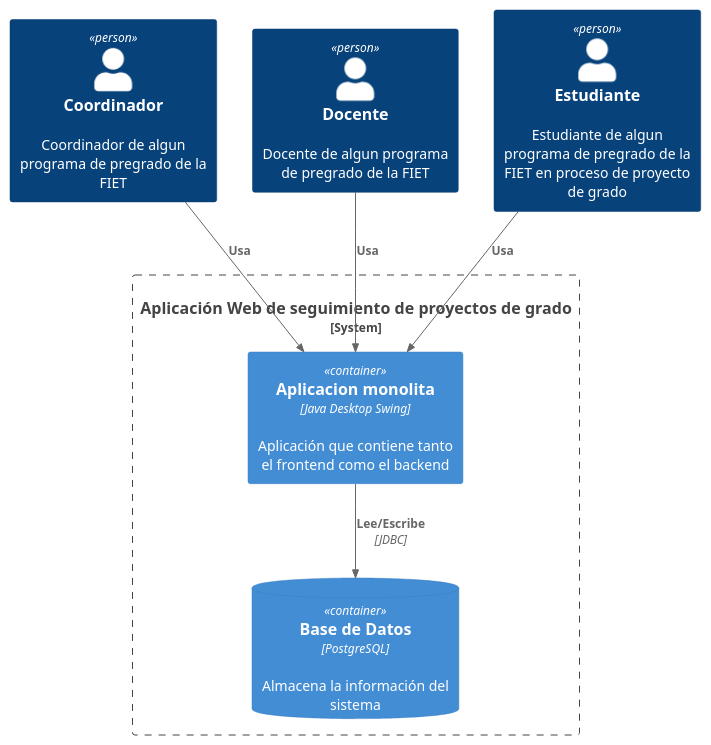
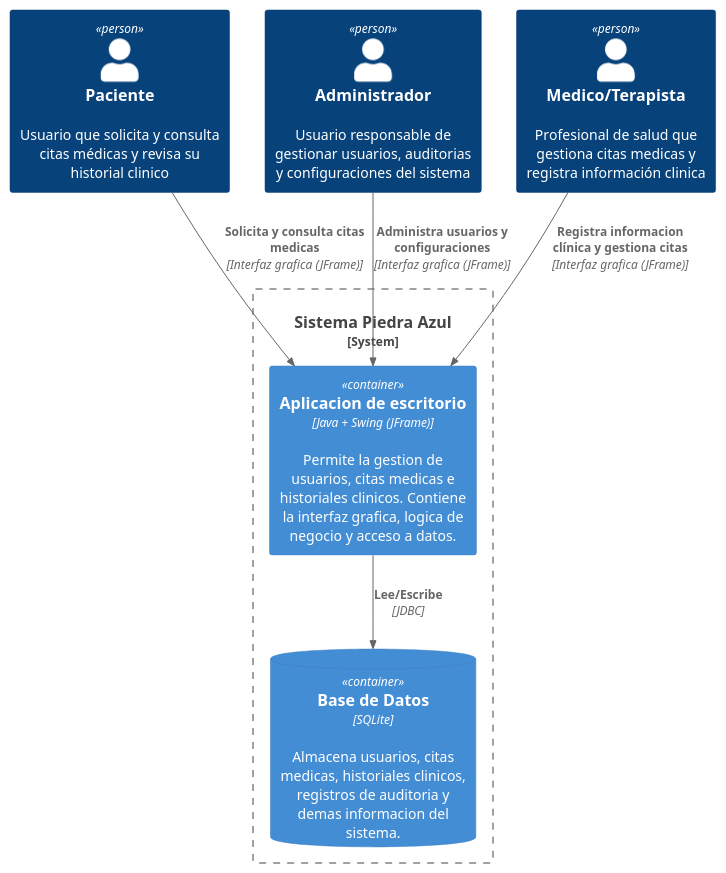
The diagram in mod_app_piedrazul_medical_services_network/dContainer.puml (FernandoMulato/Piedrazul-Medical-Services-Network), drawn with PlantUML before and after one commit.

Commit message:
diagrama de contenedores terminado

```diff
--- a/mod_app_piedrazul_medical_services_network/dContainer.puml
+++ b/mod_app_piedrazul_medical_services_network/dContainer.puml
@@ -4,17 +4,24 @@
 @startuml Container
 
 !include https://raw.githubusercontent.com/plantuml-stdlib/C4-PlantUML/master/C4_Container.puml
 
-Person(coordinador, "Coordinador", "Coordinador de algun programa de pregrado de la FIET")
-Person(docente, "Docente", "Docente de algun programa de pregrado de la FIET")
-Person(estudiante, "Estudiante", "Estudiante de algun programa de pregrado de la FIET en proceso de proyecto de grado")
+' =====================================================
+' USUARIOS DEL SISTEMA
+' =====================================================
 
-System_Boundary(s1, "Aplicación Web de seguimiento de proyectos de grado") {
-Container(monolito, "Aplicacion monolita", "Java Desktop Swing", "Aplicación que contiene tanto el frontend como el backend")
-ContainerDb(db, "Base de Datos", "PostgreSQL", "Almacena la información del sistema")
+Person(paciente, "Paciente", "Usuario que solicita y consulta citas médicas y revisa su historial clinico")
+Person(admin, "Administrador", "Usuario responsable de gestionar usuarios, auditorias y configuraciones del sistema")
+Person(medico, "Medico/Terapista", "Profesional de salud que gestiona citas medicas y registra información clinica")
+
+System_Boundary(s1, "Sistema Piedra Azul") {
+    Container(app, "Aplicacion de escritorio", "Java + Swing (JFrame)", "Permite la gestion de usuarios, citas medicas e historiales clinicos. Contiene la interfaz grafica, logica de negocio y acceso a datos.")
+    ContainerDb(db, "Base de Datos", "SQLite", "Almacena usuarios, citas medicas, historiales clinicos, registros de auditoria y demas informacion del sistema.")
 }
-Rel(coordinador, monolito, "Usa")
-Rel(docente, monolito, "Usa")
-Rel(estudiante, monolito, "Usa")
-Rel(monolito, db, "Lee/Escribe", "JDBC")
+Rel(paciente, app, "Solicita y consulta citas medicas", "Interfaz grafica (JFrame)")
+
+Rel(admin, app, "Administra usuarios y configuraciones", "Interfaz grafica (JFrame)")
+
+Rel(medico, app, "Registra informacion clínica y gestiona citas", "Interfaz grafica (JFrame)")
+
+Rel(app, db, "Lee/Escribe", "JDBC")
 @enduml
```
